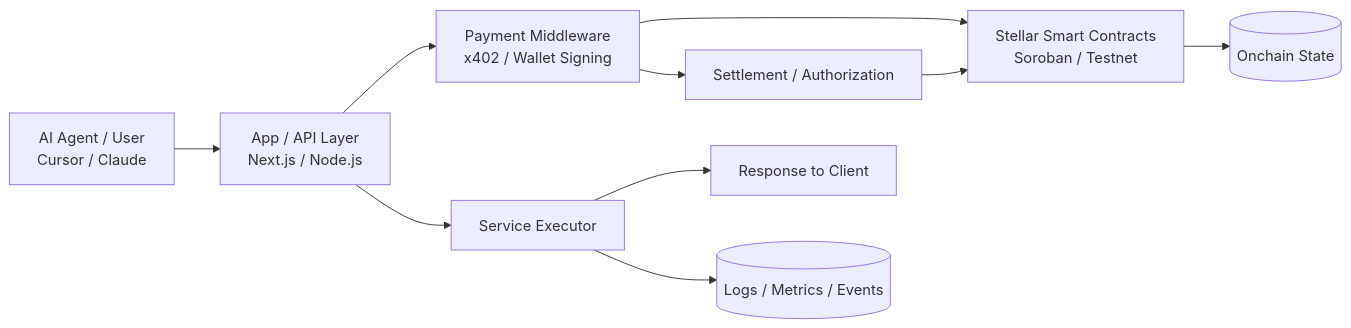
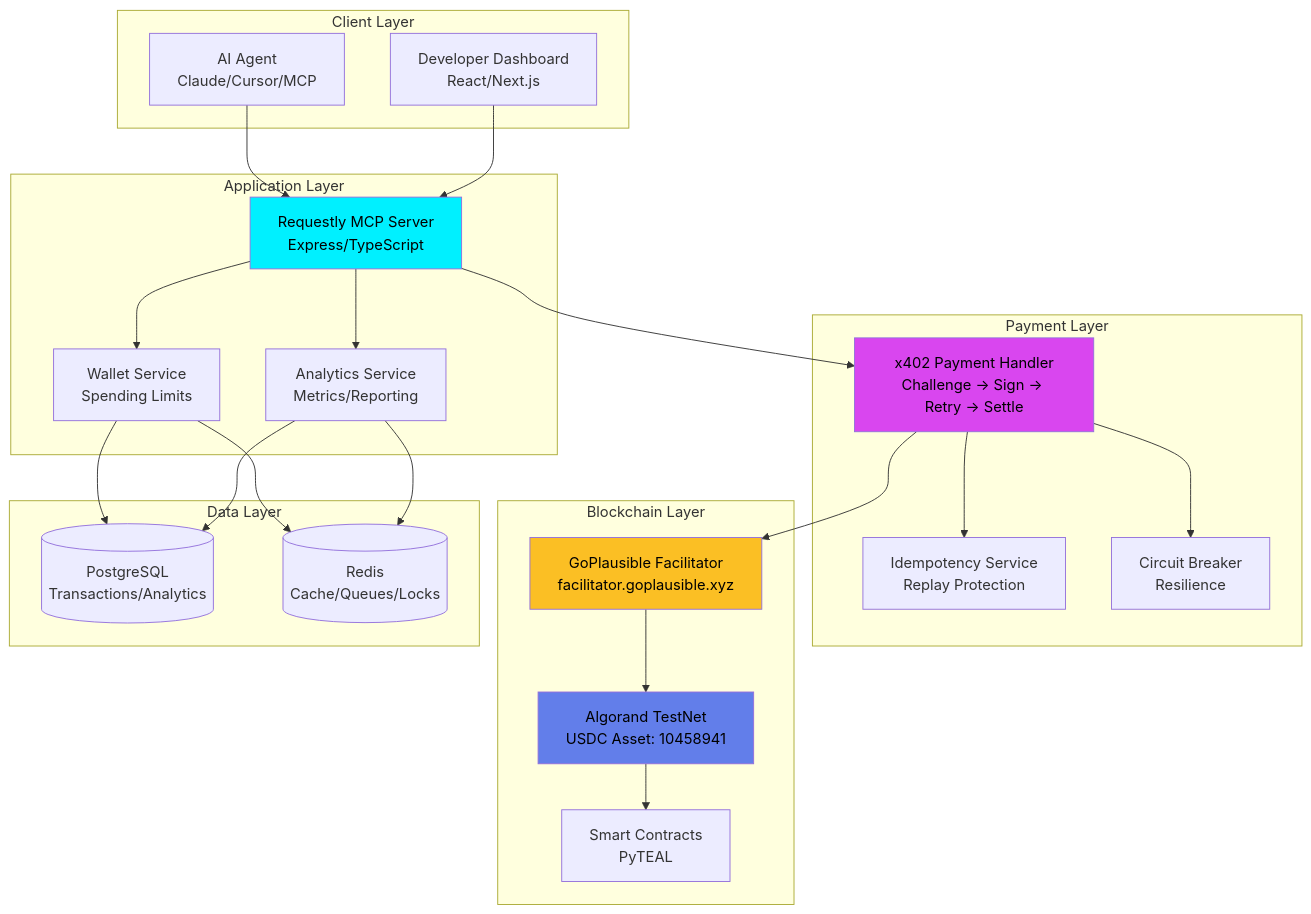
One commit to lucylow/Requestly-Brainwave-2026-X402-Blockchain-Track changed the first of 3 diagrams in README.md. Above: the diagram before and after it, drawn with Mermaid. The commit also changed other lines of this file, not shown here.

````diff
--- a/README.md
+++ b/README.md
@@ -43,15 +169,50 @@
 ```mermaid
-flowchart LR
-    A[AI Agent / User<br/>Cursor / Claude] --> B[App / API Layer<br/>Next.js / Node.js]
-    B --> C[Payment Middleware<br/>x402 / Wallet Signing]
-    C --> D[Stellar Smart Contracts<br/>Soroban / Testnet]
-
-    B --> E[Service Executor]
-    E --> F[Response to Client]
-
-    C --> G[Settlement / Authorization]
-    G --> D
-
-    D --> H[(Onchain State)]
-    E --> I[(Logs / Metrics / Events)]
+graph TB
+    subgraph "Client Layer"
+        A[AI Agent<br/>Claude/Cursor/MCP]
+        B[Developer Dashboard<br/>React/Next.js]
+    end
+    
+    subgraph "Application Layer"
+        C[Requestly MCP Server<br/>Express/TypeScript]
+        D[Wallet Service<br/>Spending Limits]
+        E[Analytics Service<br/>Metrics/Reporting]
+    end
+    
+    subgraph "Payment Layer"
+        F[x402 Payment Handler<br/>Challenge → Sign → Retry → Settle]
+        G[Idempotency Service<br/>Replay Protection]
+        H[Circuit Breaker<br/>Resilience]
+    end
+    
+    subgraph "Blockchain Layer"
+        I[GoPlausible Facilitator<br/>facilitator.goplausible.xyz]
+        J[Algorand TestNet<br/>USDC Asset: 10458941]
+        K[Smart Contracts<br/>PyTEAL]
+    end
+    
+    subgraph "Data Layer"
+        L[(PostgreSQL<br/>Transactions/Analytics)]
+        M[(Redis<br/>Cache/Queues/Locks)]
+    end
+    
+    A --> C
+    B --> C
+    C --> F
+    F --> G
+    F --> H
+    F --> I
+    I --> J
+    J --> K
+    C --> D
+    C --> E
+    D --> L
+    D --> M
+    E --> L
+    E --> M
+    
+    style C fill:#00F0FF,color:#000
+    style F fill:#D946EF,color:#000
+    style I fill:#FBBF24,color:#000
+    style J fill:#627EEA,color:#000
 ```
````
